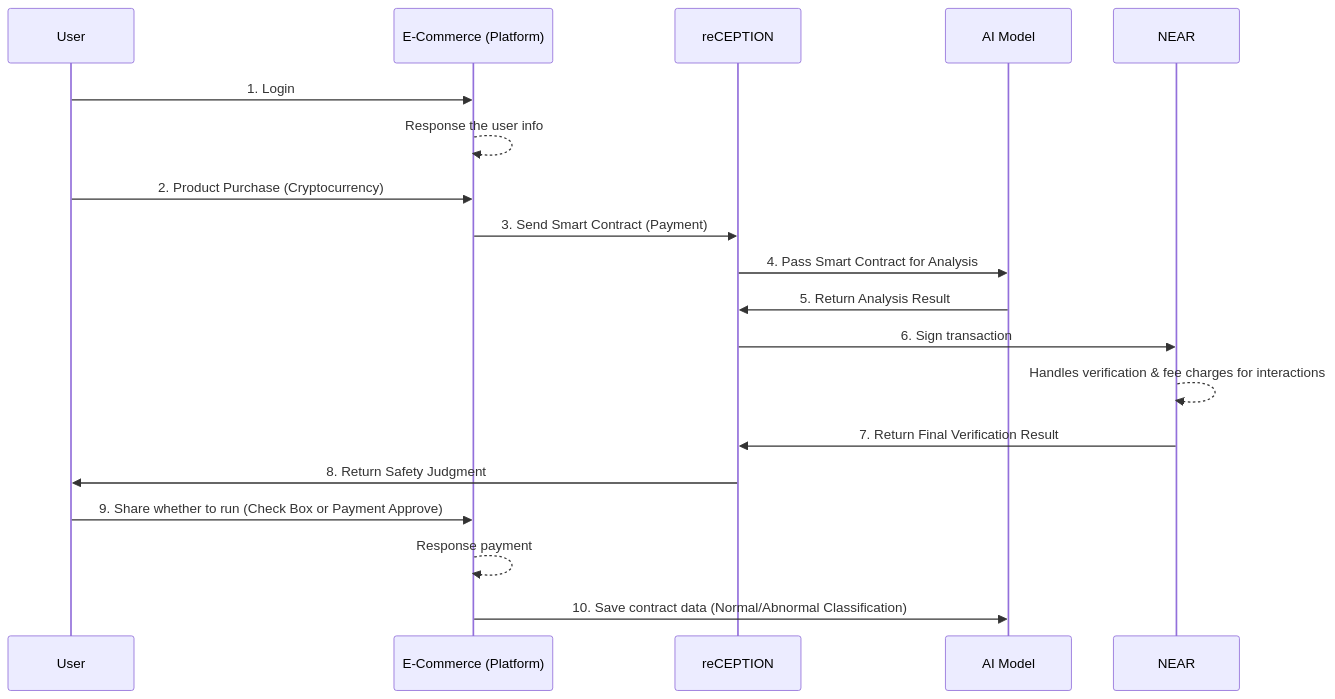
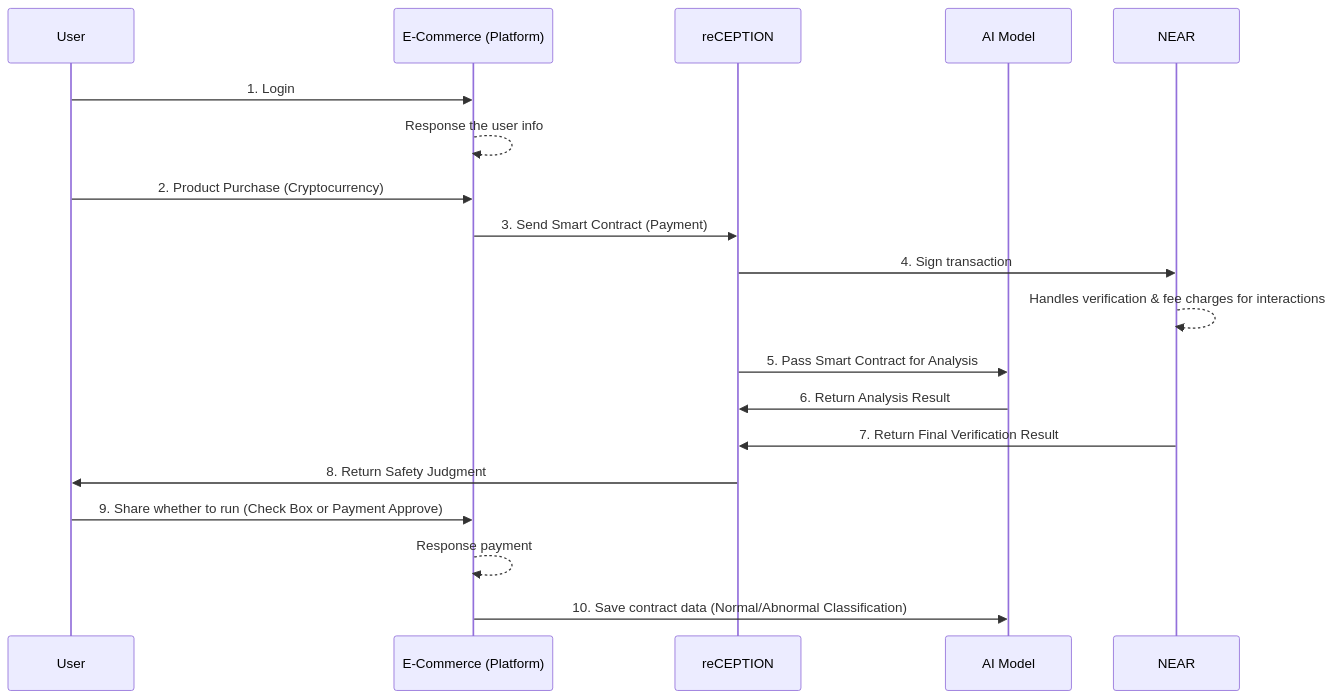
The first of 3 diagrams in README.md (Julius-Ky/reCeption), drawn with Mermaid before and after one commit.

````diff
--- a/README.md
+++ b/README.md
@@ -62,22 +62,22 @@
 ```mermaid
 sequenceDiagram
 participant User
 participant E-Commerce as E-Commerce (Platform)
 participant reCEPTION
 participant AI as AI Model
 participant NEAR
 
 User ->> E-Commerce: 1. Login
 E-Commerce -->> E-Commerce: Response the user info
 User ->> E-Commerce: 2. Product Purchase (Cryptocurrency)
 E-Commerce ->> reCEPTION: 3. Send Smart Contract (Payment)
-reCEPTION ->> AI: 4. Pass Smart Contract for Analysis
-AI ->> reCEPTION: 5. Return Analysis Result
-reCEPTION ->> NEAR: 6. Sign transaction
+reCEPTION ->> NEAR: 4. Sign transaction
 NEAR -->> NEAR: Handles verification & fee charges for interactions
+reCEPTION ->> AI: 5. Pass Smart Contract for Analysis
+AI ->> reCEPTION: 6. Return Analysis Result
 NEAR ->> reCEPTION: 7. Return Final Verification Result
 reCEPTION ->> User: 8. Return Safety Judgment
 User ->> E-Commerce: 9. Share whether to run (Check Box or Payment Approve)
 E-Commerce -->> E-Commerce: Response payment
 E-Commerce ->> AI: 10. Save contract data (Normal/Abnormal Classification)
 ```
````
